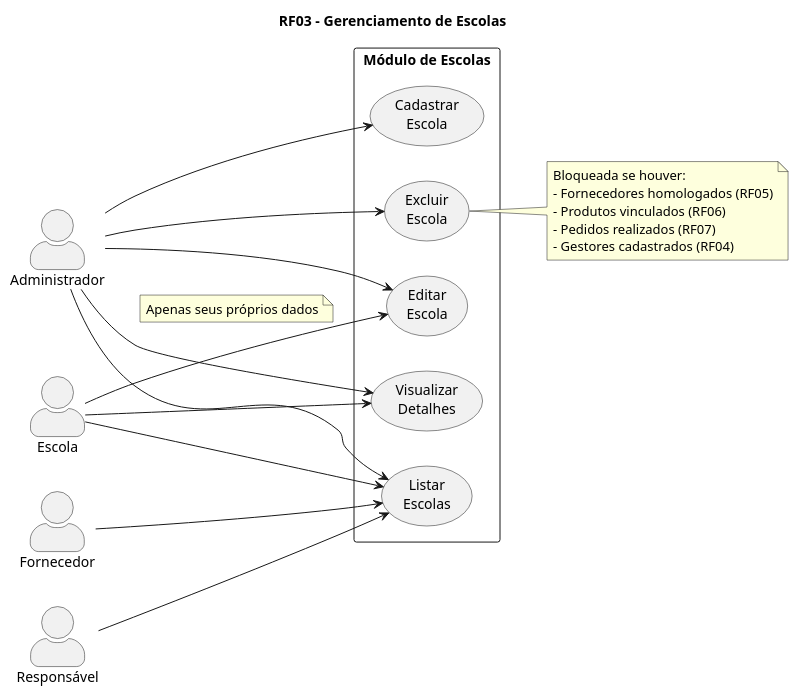
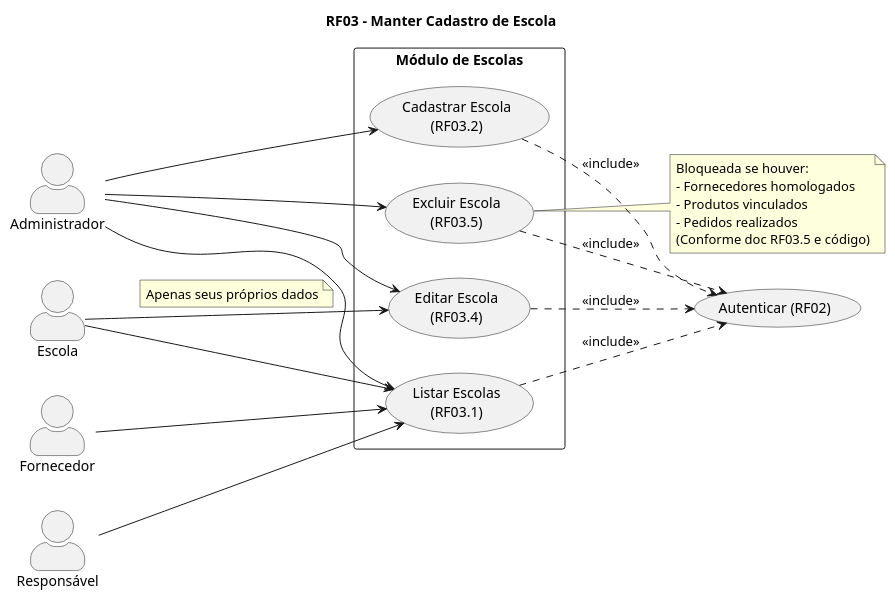
One commit to murs77r/conecta-uniforme changed the diagram in diagrams/modulo-escolas.puml. Above: the diagram before and after it, drawn with PlantUML. The commit also changed 11 other files, not shown here.

```diff
--- a/diagrams/modulo-escolas.puml
+++ b/diagrams/modulo-escolas.puml
@@ -1,55 +1,53 @@
 @startuml
-' RF03 - Gerenciamento de Escolas
+' RF03 - Manter Cadastro de Escola
 
 left to right direction
-
 skinparam actorStyle awesome
-
-title RF03 - Gerenciamento de Escolas
+title RF03 - Manter Cadastro de Escola
 
 actor Administrador
-
 actor Escola
-
 actor Fornecedor
-
 actor Responsável
 
+usecase "Autenticar (RF02)" as RF02
+
 rectangle "Módulo de Escolas" {
-    usecase "Cadastrar\nEscola" as UC03_1
-    usecase "Listar\nEscolas" as UC03_2
-    usecase "Visualizar\nDetalhes" as UC03_3
-    usecase "Editar\nEscola" as UC03_4
-    usecase "Excluir\nEscola" as UC03_5
+    usecase "Listar Escolas\n(RF03.1)" as UC03_1
+    usecase "Cadastrar Escola\n(RF03.2)" as UC03_2
+    usecase "Editar Escola\n(RF03.4)" as UC03_4
+    usecase "Excluir Escola\n(RF03.5)" as UC03_5
 }
 
 ' Administrador - controle total
 Administrador --> UC03_1
 Administrador --> UC03_2
-Administrador --> UC03_3
 Administrador --> UC03_4
 Administrador --> UC03_5
 
 ' Escola - autogestão
-Escola --> UC03_2
-Escola --> UC03_3
+Escola --> UC03_1
 Escola --> UC03_4
 note on link
   Apenas seus próprios dados
 end note
 
-' Fornecedor - visualiza para homologação
-Fornecedor --> UC03_2
+' Outros perfis autenticados - visualização
+Fornecedor --> UC03_1
+Responsável --> UC03_1
 
-' Responsável - visualiza para pedidos
-Responsável --> UC03_2
+' Dependência de Autenticação (RF02)
+UC03_1 ..> RF02 : <<include>>
+UC03_2 ..> RF02 : <<include>>
+UC03_4 ..> RF02 : <<include>>
+UC03_5 ..> RF02 : <<include>>
 
 note right of UC03_5
   Bloqueada se houver:
-  - Fornecedores homologados (RF05)
-  - Produtos vinculados (RF06)
-  - Pedidos realizados (RF07)
-  - Gestores cadastrados (RF04)
+  - Fornecedores homologados
+  - Produtos vinculados
+  - Pedidos realizados
+  (Conforme doc RF03.5 e código)
 end note
 
 @enduml
```
